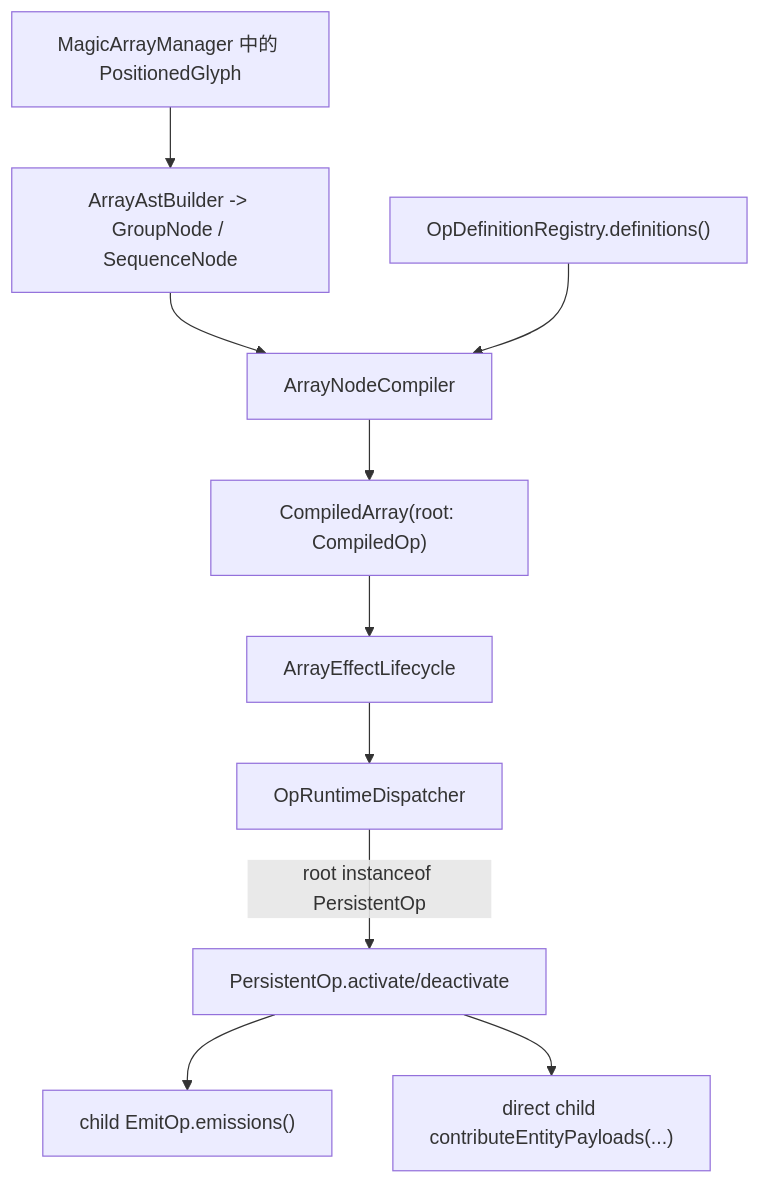
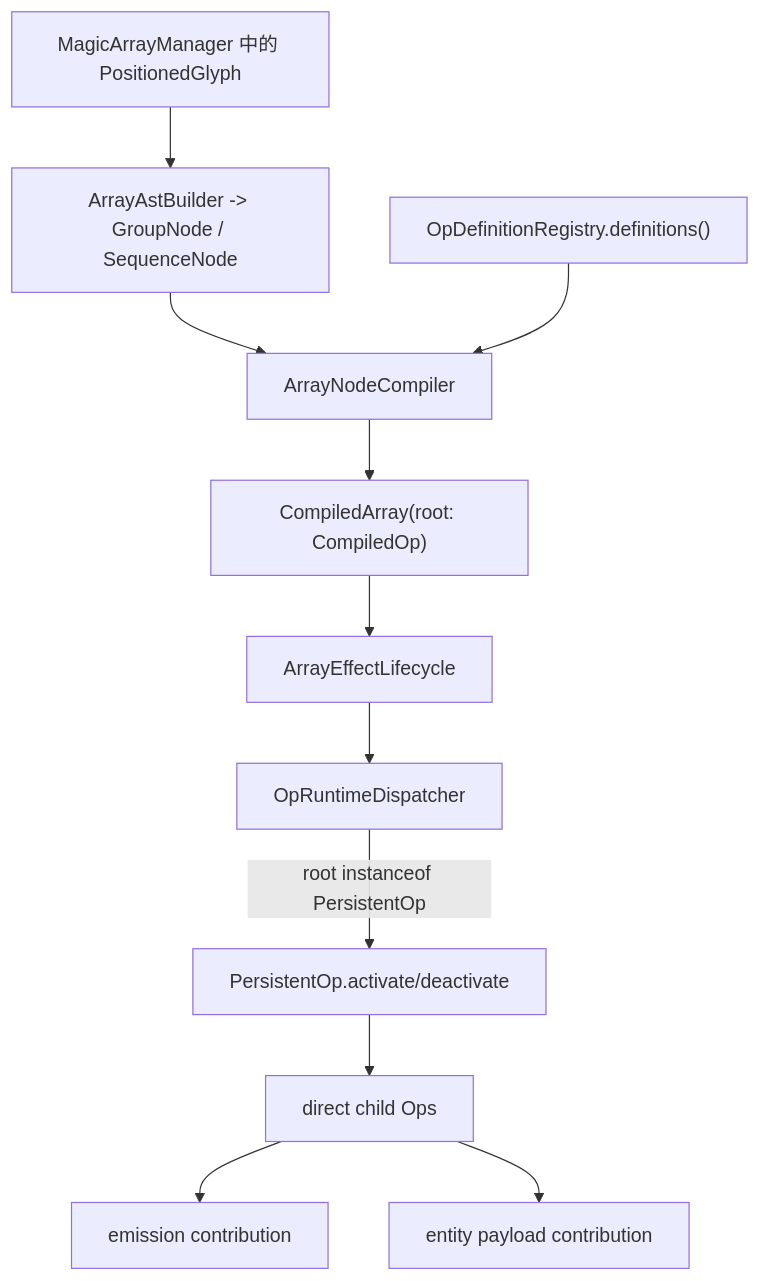
Before and after one commit to Steve10086/gyromancy: the diagram in operator.md, drawn with Mermaid. The commit also changed other lines of this file and 30 other files, not shown here.

````diff
--- a/operator.md
+++ b/operator.md
@@ -14,23 +14,25 @@
 ```mermaid
 flowchart TD
     Glyphs["MagicArrayManager 中的 PositionedGlyph"]
     Ast["ArrayAstBuilder -> GroupNode / SequenceNode"]
     Compile["ArrayNodeCompiler"]
     Defs["OpDefinitionRegistry.definitions()"]
     Root["CompiledArray(root: CompiledOp)"]
     Lifecycle["ArrayEffectLifecycle"]
     Dispatcher["OpRuntimeDispatcher"]
     Persistent["PersistentOp.activate/deactivate"]
-    ChildEmit["child EmitOp.emissions()"]
-    ChildPayload["direct child contributeEntityPayloads(...)"]
+    DirectChild["direct child Ops"]
+    EmitContribution["emission contribution"]
+    PayloadContribution["entity payload contribution"]
 
     Glyphs --> Ast
     Ast --> Compile
     Defs --> Compile
     Compile --> Root
     Root --> Lifecycle
     Lifecycle --> Dispatcher
     Dispatcher -->|"root instanceof PersistentOp"| Persistent
-    Persistent --> ChildEmit
-    Persistent --> ChildPayload
+    Persistent --> DirectChild
+    DirectChild --> EmitContribution
+    DirectChild --> PayloadContribution
 ```
````
